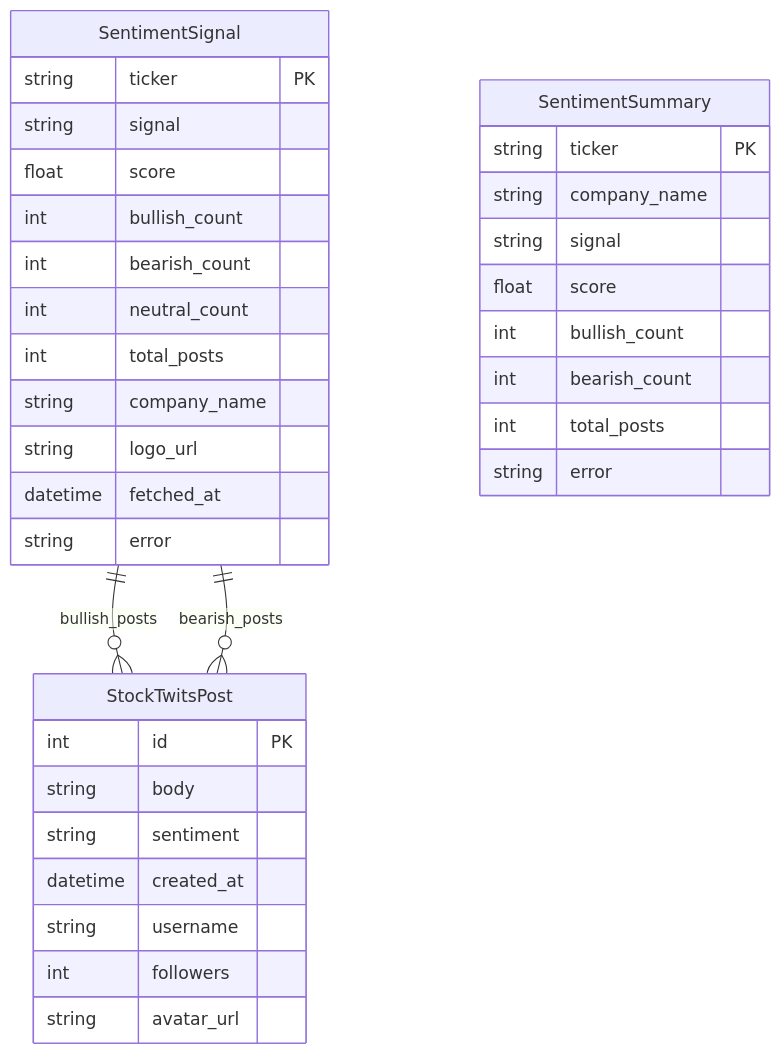
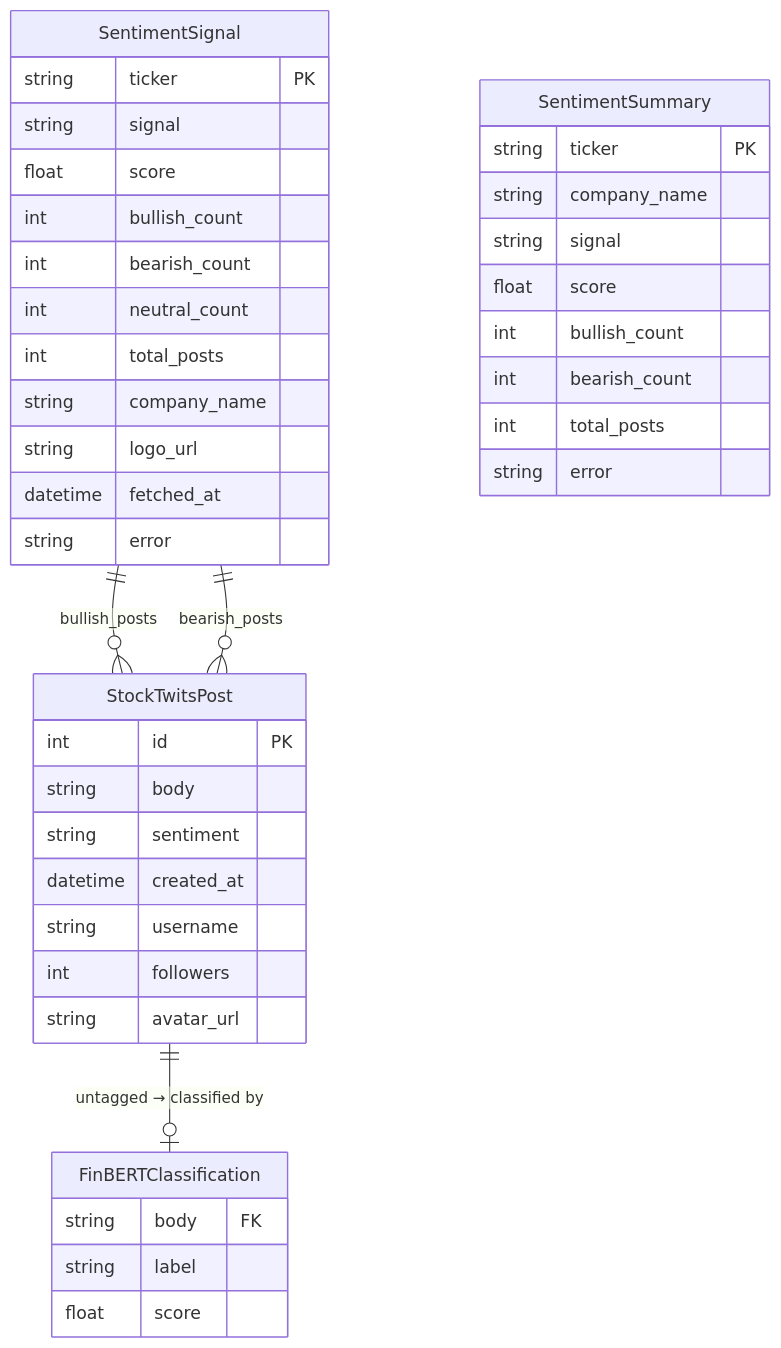
One commit to Joachim-Chuah/senior_project changed the third of 9 diagrams in architecture.md. Above: the diagram before and after it, drawn with Mermaid. The commit also changed other lines of this file and 6 other files, not shown here.

First line of the commit message:
Add FinBERT text classification as fallback for untagged StockTwits posts

````diff
--- a/architecture.md
+++ b/architecture.md
@@ -105,38 +111,44 @@
 ```mermaid
 erDiagram
     StockTwitsPost {
         int      id PK
         string   body
         string   sentiment
         datetime created_at
         string   username
         int      followers
         string   avatar_url
     }
     SentimentSignal {
         string   ticker PK
         string   signal
         float    score
         int      bullish_count
         int      bearish_count
         int      neutral_count
         int      total_posts
         string   company_name
         string   logo_url
         datetime fetched_at
         string   error
     }
     SentimentSummary {
         string ticker PK
         string company_name
         string signal
         float  score
         int    bullish_count
         int    bearish_count
         int    total_posts
         string error
     }
+    FinBERTClassification {
+        string body FK
+        string label
+        float  score
+    }
 
     SentimentSignal ||--o{ StockTwitsPost : "bullish_posts"
     SentimentSignal ||--o{ StockTwitsPost : "bearish_posts"
+    StockTwitsPost ||--o| FinBERTClassification : "untagged → classified by"
 ```
````
